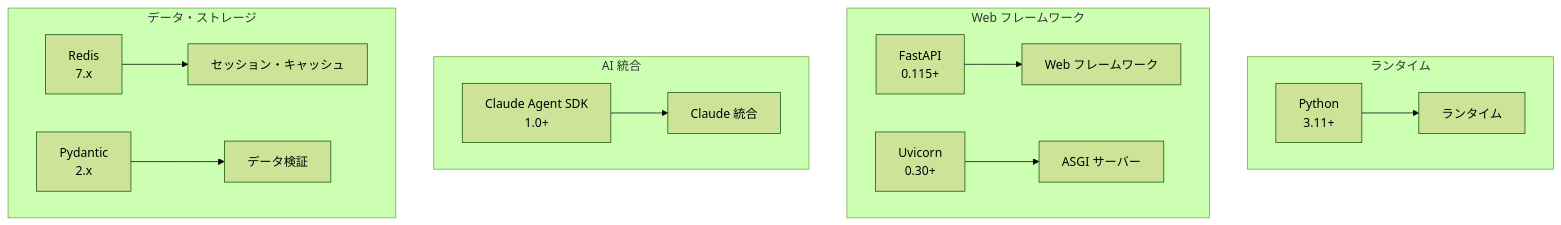
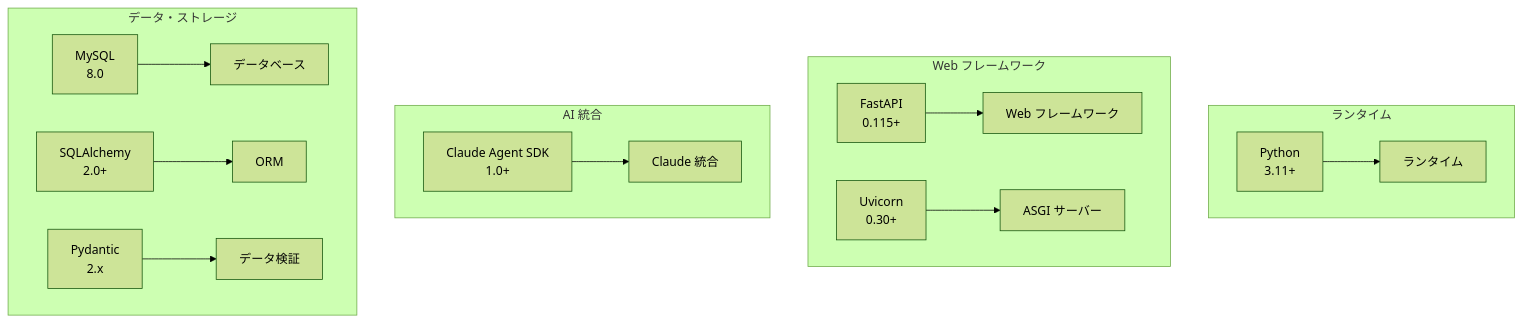
The third of 3 diagrams in doc/backend-design.md (thirai-classlab/Claude-Code-Cloud), drawn with Mermaid (forest theme) before and after one commit. The commit also changed other lines of this file and 18 other files, not shown here.

````diff
--- a/doc/backend-design.md
+++ b/doc/backend-design.md
@@ -2885,20 +2896,21 @@
 ```mermaid
 flowchart TD
     subgraph ランタイム["ランタイム"]
         PYTHON["Python<br/>3.11+"] --> PYTHON_D["ランタイム"]
     end
 
     subgraph Webフレームワーク["Web フレームワーク"]
         FASTAPI["FastAPI<br/>0.115+"] --> FASTAPI_D["Web フレームワーク"]
         UVICORN["Uvicorn<br/>0.30+"] --> UVICORN_D["ASGI サーバー"]
     end
 
     subgraph AI統合["AI 統合"]
         CLAUDE["Claude Agent SDK<br/>1.0+"] --> CLAUDE_D["Claude 統合"]
     end
 
     subgraph データ["データ・ストレージ"]
-        REDIS["Redis<br/>7.x"] --> REDIS_D["セッション・キャッシュ"]
+        MYSQL["MySQL<br/>8.0"] --> MYSQL_D["データベース"]
+        SQLALCHEMY["SQLAlchemy<br/>2.0+"] --> SQLALCHEMY_D["ORM"]
         PYDANTIC["Pydantic<br/>2.x"] --> PYDANTIC_D["データ検証"]
     end
 ```
````
